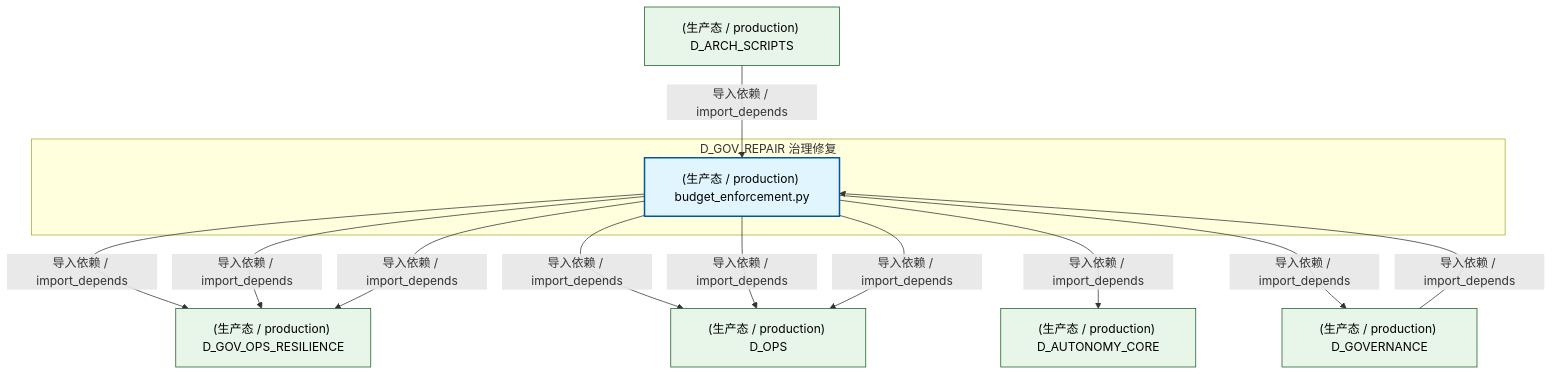
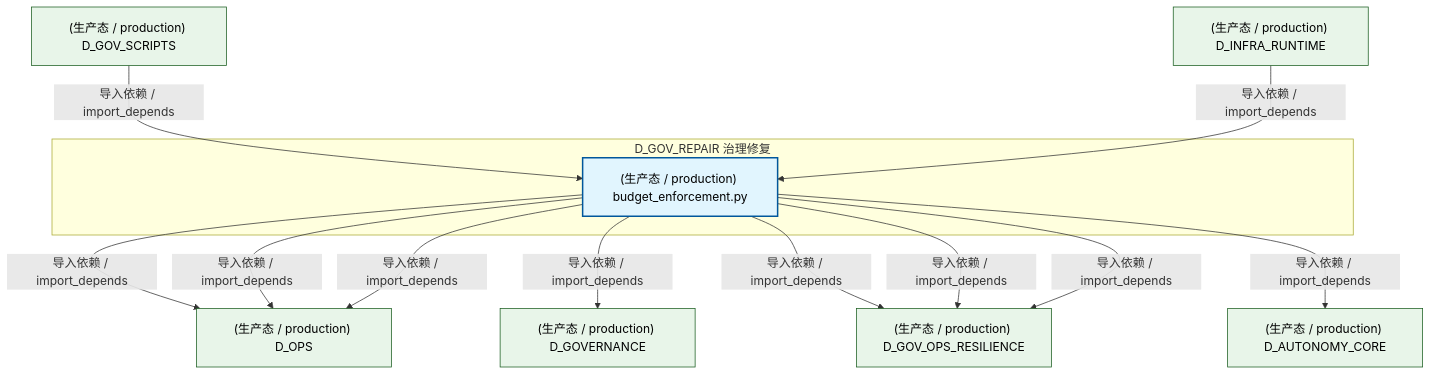
One commit to xuanFelixVan/ZephyrAlpha changed the second of 3 diagrams in docs/02_enterprise_architecture/02_domain_architecture_docs/54_d_gov_repair.md. Above: the diagram before and after it, drawn with Mermaid. The commit also changed other lines of this file and 79 other files, not shown here.

````diff
--- a/docs/02_enterprise_architecture/02_domain_architecture_docs/54_d_gov_repair.md
+++ b/docs/02_enterprise_architecture/02_domain_architecture_docs/54_d_gov_repair.md
@@ -93,27 +94,28 @@
 ```mermaid
 graph TD
     subgraph D_GOV_REPAIR["D_GOV_REPAIR 治理修复"]
         src_zephyr_governance_financial_governance_budget_enforcement_py["(生产态 / production) budget_enforcement.py"]
     end
+    D_OPS["(生产态 / production) D_OPS"]
+    src_zephyr_governance_financial_governance_budget_enforcement_py -->|导入依赖 / import_depends| D_OPS
+    D_GOVERNANCE["(生产态 / production) D_GOVERNANCE"]
+    src_zephyr_governance_financial_governance_budget_enforcement_py -->|导入依赖 / import_depends| D_GOVERNANCE
     D_GOV_OPS_RESILIENCE["(生产态 / production) D_GOV_OPS_RESILIENCE"]
     src_zephyr_governance_financial_governance_budget_enforcement_py -->|导入依赖 / import_depends| D_GOV_OPS_RESILIENCE
     src_zephyr_governance_financial_governance_budget_enforcement_py -->|导入依赖 / import_depends| D_GOV_OPS_RESILIENCE
-    D_OPS["(生产态 / production) D_OPS"]
     src_zephyr_governance_financial_governance_budget_enforcement_py -->|导入依赖 / import_depends| D_OPS
     D_AUTONOMY_CORE["(生产态 / production) D_AUTONOMY_CORE"]
     src_zephyr_governance_financial_governance_budget_enforcement_py -->|导入依赖 / import_depends| D_AUTONOMY_CORE
     src_zephyr_governance_financial_governance_budget_enforcement_py -->|导入依赖 / import_depends| D_OPS
     src_zephyr_governance_financial_governance_budget_enforcement_py -->|导入依赖 / import_depends| D_GOV_OPS_RESILIENCE
-    D_GOVERNANCE["(生产态 / production) D_GOVERNANCE"]
-    src_zephyr_governance_financial_governance_budget_enforcement_py -->|导入依赖 / import_depends| D_GOVERNANCE
-    src_zephyr_governance_financial_governance_budget_enforcement_py -->|导入依赖 / import_depends| D_OPS
-    D_GOVERNANCE -->|导入依赖 / import_depends| src_zephyr_governance_financial_governance_budget_enforcement_py
-    D_ARCH_SCRIPTS["(生产态 / production) D_ARCH_SCRIPTS"]
-    D_ARCH_SCRIPTS -->|导入依赖 / import_depends| src_zephyr_governance_financial_governance_budget_enforcement_py
+    D_GOV_SCRIPTS["(生产态 / production) D_GOV_SCRIPTS"]
+    D_GOV_SCRIPTS -->|导入依赖 / import_depends| src_zephyr_governance_financial_governance_budget_enforcement_py
+    D_INFRA_RUNTIME["(生产态 / production) D_INFRA_RUNTIME"]
+    D_INFRA_RUNTIME -->|导入依赖 / import_depends| src_zephyr_governance_financial_governance_budget_enforcement_py
     classDef production fill:#e1f5fe,stroke:#01579b,stroke-width:2px,color:#000
     classDef design fill:#fff3e0,stroke:#e65100,stroke-width:2px,color:#000,stroke-dasharray: 5 5
     classDef external_prod fill:#e8f5e9,stroke:#1b5e20,stroke-width:1px,color:#000
     classDef external_design fill:#fce4ec,stroke:#880e4f,stroke-width:1px,color:#000,stroke-dasharray: 5 5
     class src_zephyr_governance_financial_governance_budget_enforcement_py production
-    class D_GOV_OPS_RESILIENCE,D_OPS,D_AUTONOMY_CORE,D_GOVERNANCE,D_ARCH_SCRIPTS external_prod
+    class D_OPS,D_GOVERNANCE,D_GOV_OPS_RESILIENCE,D_AUTONOMY_CORE,D_GOV_SCRIPTS,D_INFRA_RUNTIME external_prod
 ```
````
